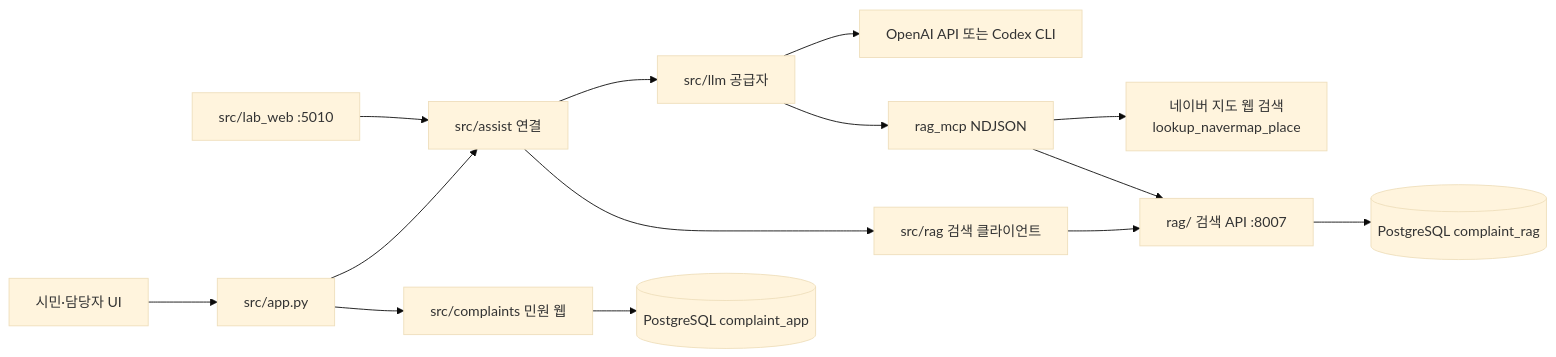
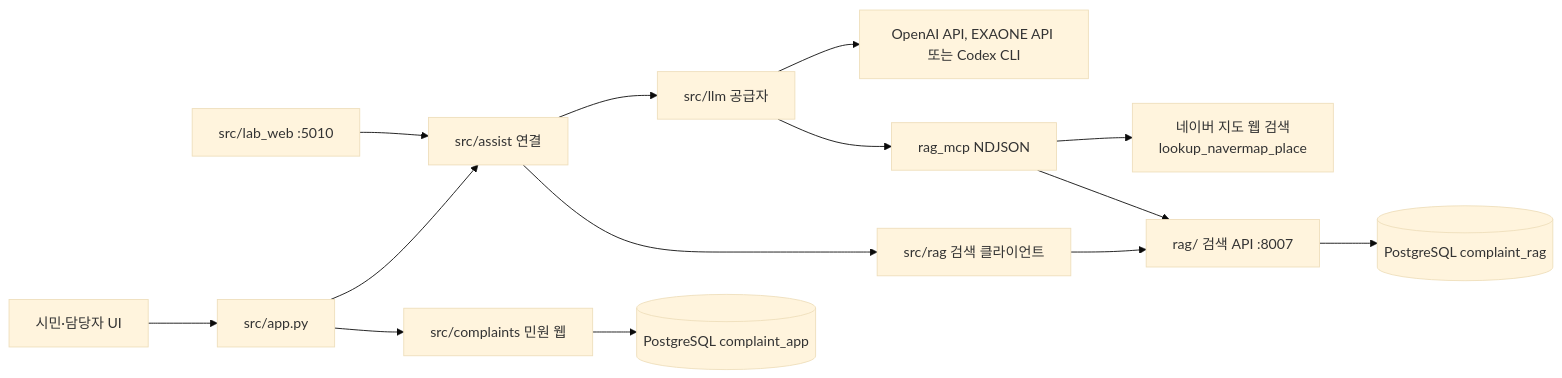
The diagram in src/README.md (hy040504/ai-complaint-process), drawn with Mermaid (base theme) before and after one commit. The commit also changed other lines of this file and 9 other files, not shown here.

First line of the commit message:
K-EXAONE 2.5 API 공급자 추가와 Tabular 연동 구상 문서화

````diff
--- a/src/README.md
+++ b/src/README.md
@@ -42,16 +42,16 @@
 ```mermaid
 flowchart LR
     LAB[src/lab_web :5010] --> A[src/assist 연결]
     UI[시민·담당자 UI] --> APP[src/app.py]
     APP --> W[src/complaints 민원 웹]
     APP --> A
     A --> R[src/rag 검색 클라이언트]
     A --> L[src/llm 공급자]
     L --> MCP[rag_mcp NDJSON]
     W --> APPDB[(PostgreSQL complaint_app)]
     R --> S[rag/ 검색 API :8007]
     MCP --> S
     MCP --> N[네이버 지도 웹 검색<br/>lookup_navermap_place]
     S --> PG[(PostgreSQL complaint_rag)]
-    L --> M[OpenAI API 또는 Codex CLI]
+    L --> M[OpenAI API, EXAONE API 또는 Codex CLI]
 ```
````
